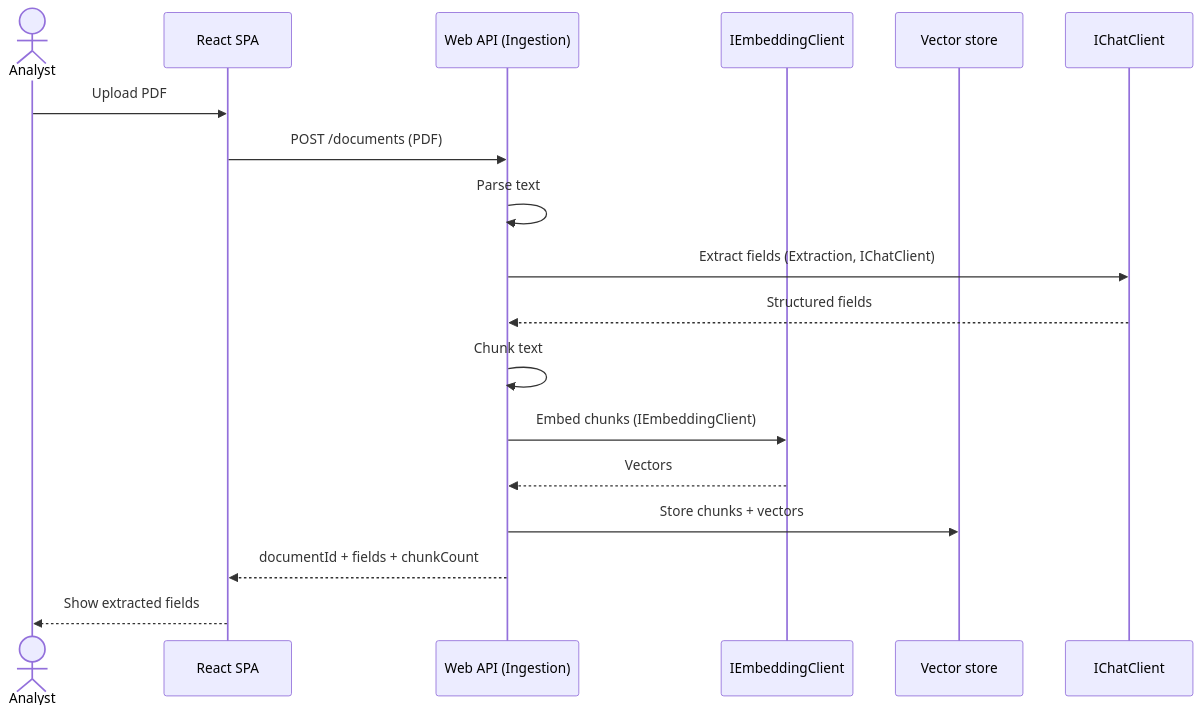
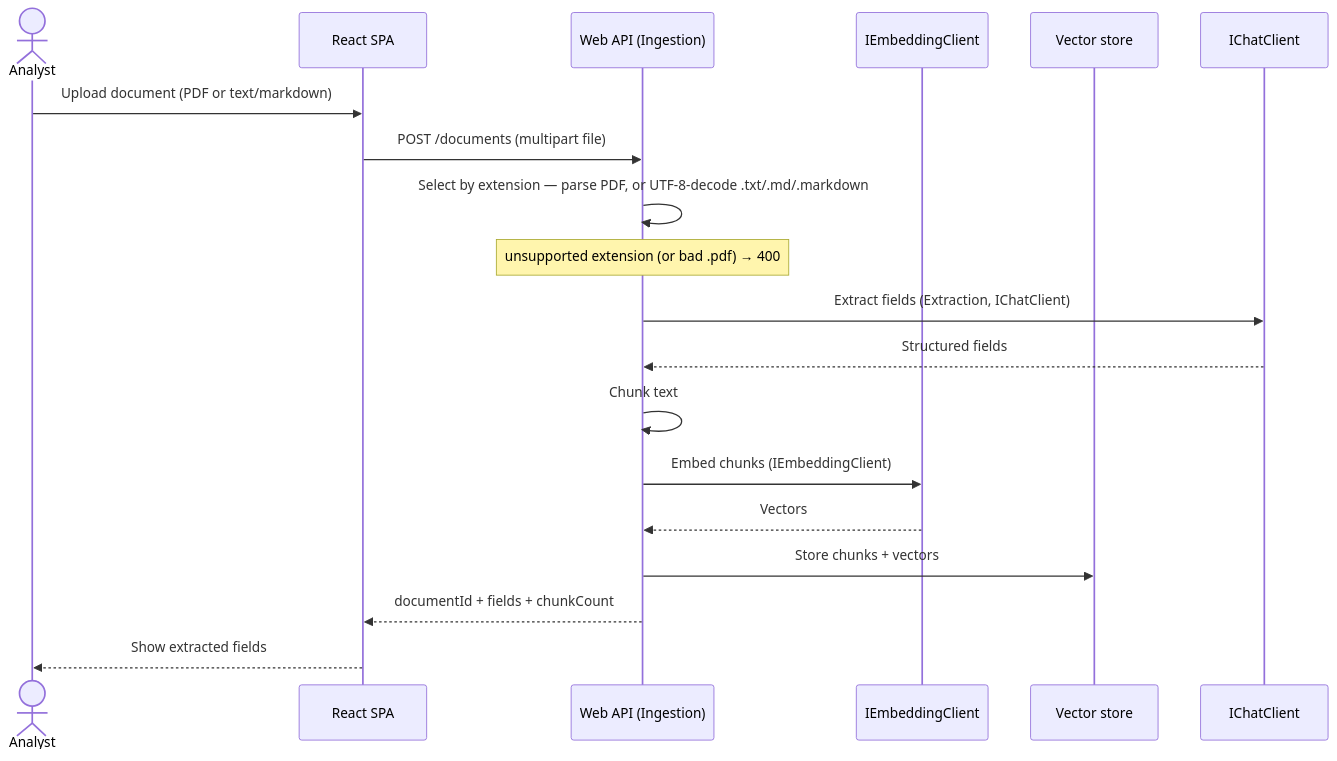
Before and after one commit to hectorreyesdev/landdoc-intelligence: the first of 2 diagrams in knowledge/docs/DATA-FLOW.md, drawn with Mermaid. The commit also changed 2 other files, not shown here.

Commit message:
docs(reconcile): sync API/DATA-FLOW/spec-0001 to spec 0005 multi-format ingest

````diff
--- a/knowledge/docs/DATA-FLOW.md
+++ b/knowledge/docs/DATA-FLOW.md
@@ -8,21 +8,22 @@
 ```mermaid
 sequenceDiagram
     actor A as Analyst
     participant SPA as React SPA
     participant API as Web API (Ingestion)
     participant E as IEmbeddingClient
     participant V as Vector store
     participant C as IChatClient
 
-    A->>SPA: Upload PDF
-    SPA->>API: POST /documents (PDF)
-    API->>API: Parse text
+    A->>SPA: Upload document (PDF or text/markdown)
+    SPA->>API: POST /documents (multipart file)
+    API->>API: Select by extension — parse PDF, or UTF-8-decode .txt/.md/.markdown
+    note over API: unsupported extension (or bad .pdf) → 400
     API->>C: Extract fields (Extraction, IChatClient)
     C-->>API: Structured fields
     API->>API: Chunk text
     API->>E: Embed chunks (IEmbeddingClient)
     E-->>API: Vectors
     API->>V: Store chunks + vectors
     API-->>SPA: documentId + fields + chunkCount
     SPA-->>A: Show extracted fields
 ```
````
